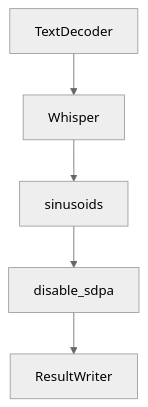
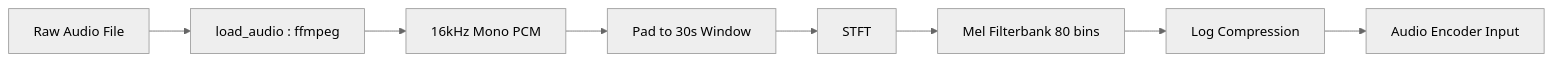
The diagram in tutorials/openai-whisper-tutorial/03-audio-preprocessing.md (johnxie/awesome-code-docs), drawn with Mermaid (neutral theme) before and after one commit. The commit also changed other lines of this file and 1232 other files, not shown here.

````diff
--- a/tutorials/openai-whisper-tutorial/03-audio-preprocessing.md
+++ b/tutorials/openai-whisper-tutorial/03-audio-preprocessing.md
@@ -271,12 +123,10 @@
 ```mermaid
-flowchart TD
-    A[TextDecoder]
-    B[Whisper]
-    C[sinusoids]
-    D[disable_sdpa]
-    E[ResultWriter]
-    A --> B
-    B --> C
-    C --> D
-    D --> E
+flowchart LR
+    A[Raw Audio File] --> B[load_audio : ffmpeg]
+    B --> C[16kHz Mono PCM]
+    C --> D[Pad to 30s Window]
+    D --> E[STFT]
+    E --> F[Mel Filterbank 80 bins]
+    F --> G[Log Compression]
+    G --> H[Audio Encoder Input]
 ```
````
